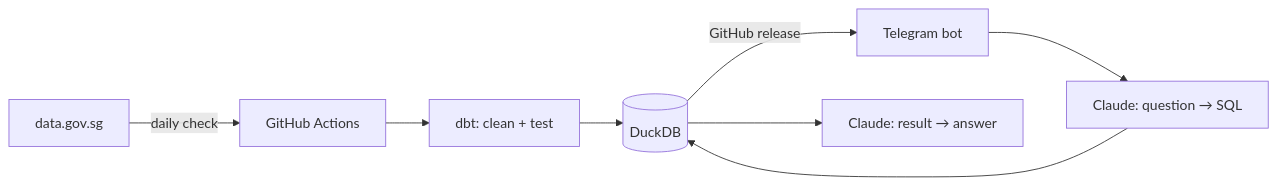
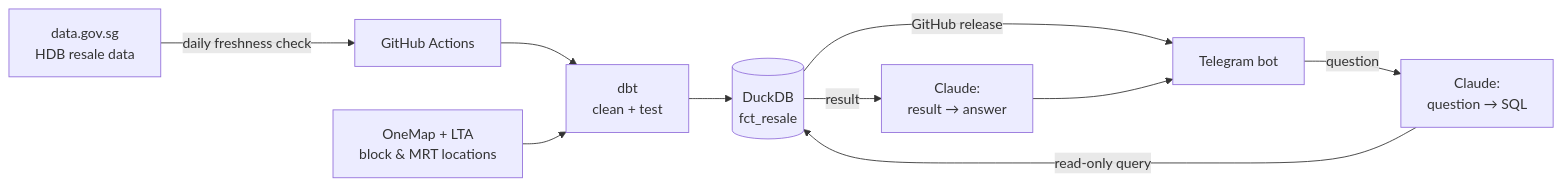
Before and after one commit to shihuics/hdb-resale-agent: the diagram in README.md, drawn with Mermaid. The commit also changed other lines of this file, not shown here.

Commit message:
Write README: architecture, guardrails, valuation backtest results

````diff
--- a/README.md
+++ b/README.md
@@ -21,10 +21,12 @@
 ```mermaid
 flowchart LR
-  A[data.gov.sg] -->|daily check| B[GitHub Actions]
-  B --> C[dbt: clean + test]
-  C --> D[(DuckDB)]
+  A[data.gov.sg<br/>HDB resale data] -->|daily freshness check| B[GitHub Actions]
+  B --> C[dbt<br/>clean + test]
+  M[OneMap + LTA<br/>block & MRT locations] --> C
+  C --> D[(DuckDB<br/>fct_resale)]
   D -->|GitHub release| E[Telegram bot]
-  E --> F[Claude: question → SQL]
-  F --> D
-  D --> G[Claude: result → answer]
+  E -->|question| F[Claude:<br/>question → SQL]
+  F -->|read-only query| D
+  D -->|result| G[Claude:<br/>result → answer]
+  G --> E
 ```
````
